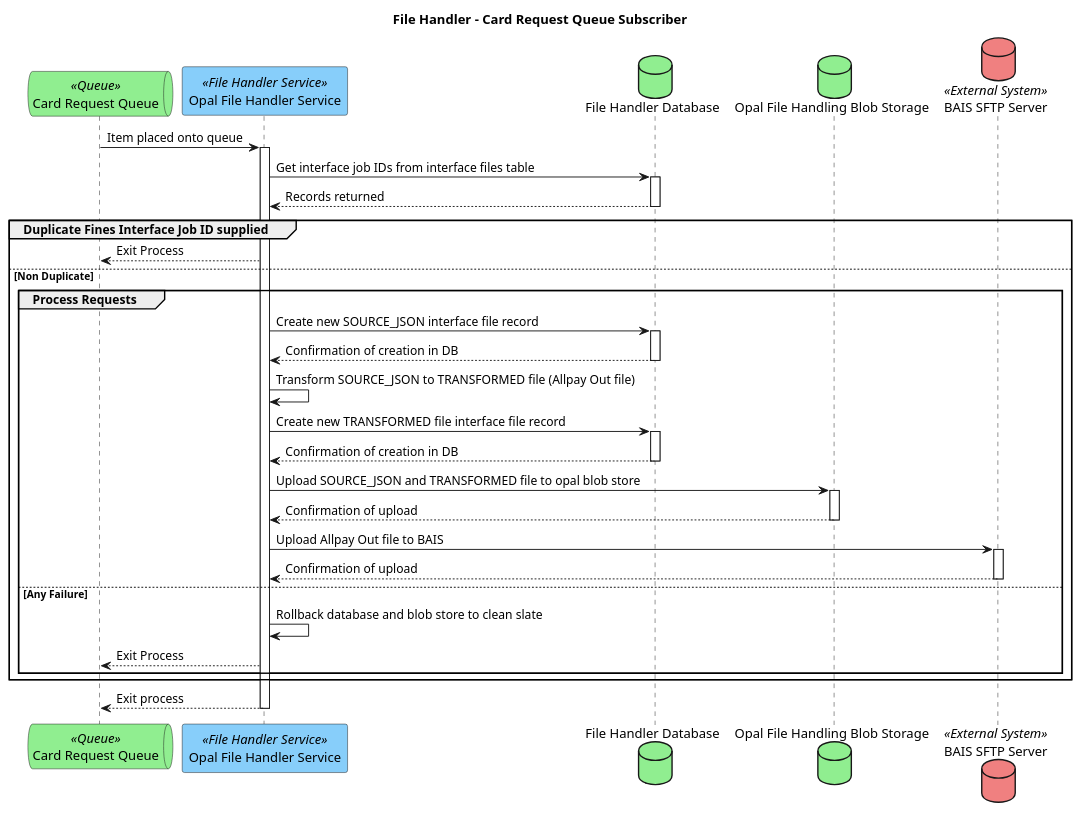
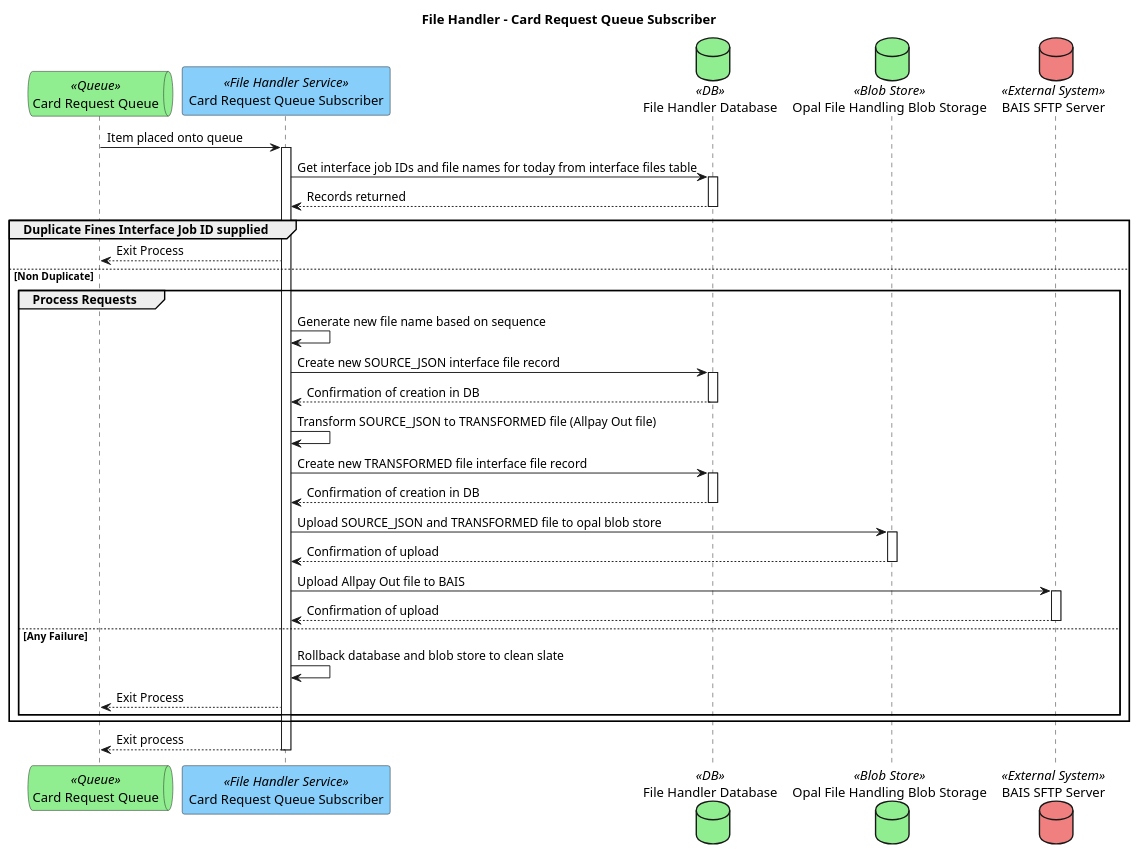
Before and after one commit to hmcts/opal-docs: the diagram in plantUML/external-interfaces/ei7-file-handler-queue-subscriber.puml, drawn with PlantUML. The commit also changed 1 other file, not shown here.

Commit message:
Changing EI7 diagrams as per DPJ comments.

```diff
--- a/plantUML/external-interfaces/ei7-file-handler-queue-subscriber.puml
+++ b/plantUML/external-interfaces/ei7-file-handler-queue-subscriber.puml
@@ -1,31 +1,32 @@
 @startuml
 title "File Handler - Card Request Queue Subscriber"
 queue "Card Request Queue" as cardRequestQueue <<Queue>> #lightgreen
-participant "Opal File Handler Service" as fileHandlerService <<File Handler Service>> #LightSkyBlue
-database "File Handler Database" as fileHandlerDb #LightGreen
-database "Opal File Handling Blob Storage" as fileHandlingBlobStorage #LightGreen
+participant "Card Request Queue Subscriber" as fileHandlerService <<File Handler Service>> #LightSkyBlue
+database "File Handler Database" as fileHandlerDb <<DB>> #LightGreen
+database "Opal File Handling Blob Storage" as fileHandlingBlobStorage <<Blob Store>> #LightGreen
 database "BAIS SFTP Server" as baisSftpServer <<External System>> #LightCoral
 
 cardRequestQueue -> fileHandlerService ++ : Item placed onto queue
-fileHandlerService -> fileHandlerDb ++ : Get interface job IDs from interface files table
+fileHandlerService -> fileHandlerDb ++ : Get interface job IDs and file names for today from interface files table
 fileHandlerDb --> fileHandlerService -- : Records returned
 group Duplicate Fines Interface Job ID supplied
     fileHandlerService --> cardRequestQueue : Exit Process
 else Non Duplicate
     group Process Requests
+        fileHandlerService -> fileHandlerService : Generate new file name based on sequence
         fileHandlerService -> fileHandlerDb ++ : Create new SOURCE_JSON interface file record
         fileHandlerDb --> fileHandlerService -- : Confirmation of creation in DB
         fileHandlerService -> fileHandlerService : Transform SOURCE_JSON to TRANSFORMED file (Allpay Out file)
         fileHandlerService -> fileHandlerDb ++ : Create new TRANSFORMED file interface file record
         fileHandlerDb --> fileHandlerService -- : Confirmation of creation in DB
         fileHandlerService -> fileHandlingBlobStorage ++ : Upload SOURCE_JSON and TRANSFORMED file to opal blob store
         fileHandlingBlobStorage --> fileHandlerService -- : Confirmation of upload
         fileHandlerService -> baisSftpServer ++ : Upload Allpay Out file to BAIS
         baisSftpServer --> fileHandlerService -- : Confirmation of upload
     else Any Failure
         fileHandlerService -> fileHandlerService : Rollback database and blob store to clean slate
         fileHandlerService --> cardRequestQueue : Exit Process
     end
 end
 fileHandlerService --> cardRequestQueue -- : Exit process
 @enduml
```
